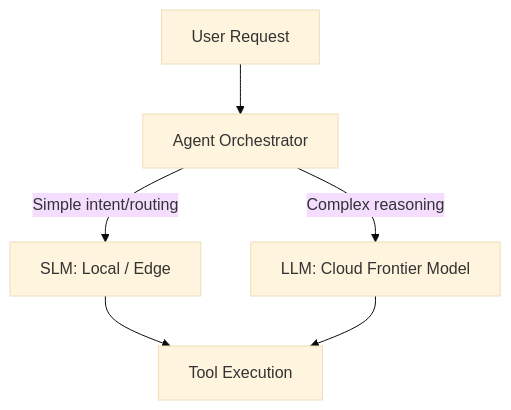
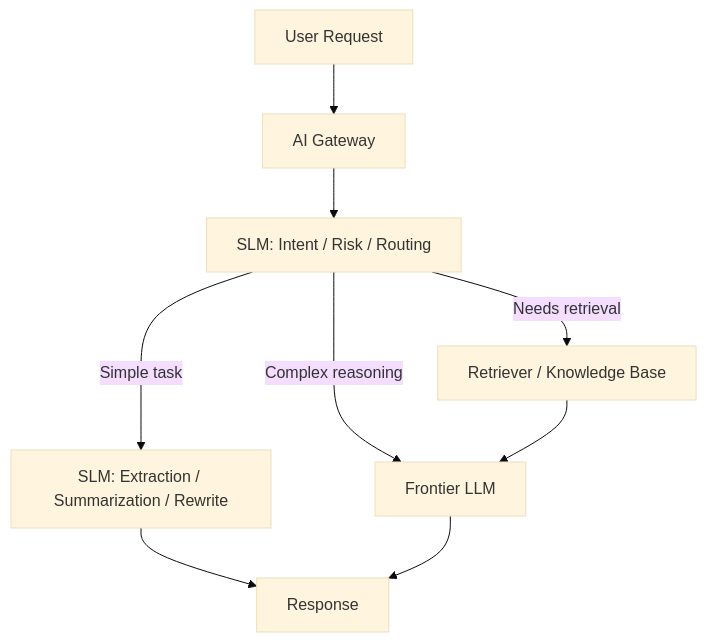
Before and after one commit to ishitvagoel/SystemDesignNotes: the diagram in data/notes/04-Phase-4-Modern-AI/04-Phase-4-Modern-AI__Module-20-RAG-Agents-Realtime__Small_Language_Models.md, drawn with Mermaid (base theme). The commit also changed other lines of this file and 7 other files, not shown here.

````diff
--- a/data/notes/04-Phase-4-Modern-AI/04-Phase-4-Modern-AI__Module-20-RAG-Agents-Realtime__Small_Language_Models.md
+++ b/data/notes/04-Phase-4-Modern-AI/04-Phase-4-Modern-AI__Module-20-RAG-Agents-Realtime__Small_Language_Models.md
@@ -7,10 +37,13 @@
 ```mermaid
 graph TD
-    User[User Request] --> Orchestrator[Agent Orchestrator]
-    
-    Orchestrator -->|Simple intent/routing| SLM[SLM: Local / Edge]
-    Orchestrator -->|Complex reasoning| LLM[LLM: Cloud Frontier Model]
-    
-    SLM --> Tool[Tool Execution]
-    LLM --> Tool
+    User[User Request] --> Gateway[AI Gateway]
+    Gateway --> Classifier[SLM: Intent / Risk / Routing]
+
+    Classifier -->|Simple task| SLM_Task[SLM: Extraction / Summarization / Rewrite]
+    Classifier -->|Needs retrieval| RAG[Retriever / Knowledge Base]
+    Classifier -->|Complex reasoning| LLM[Frontier LLM]
+
+    RAG --> LLM
+    SLM_Task --> Output[Response]
+    LLM --> Output
 ```
````
